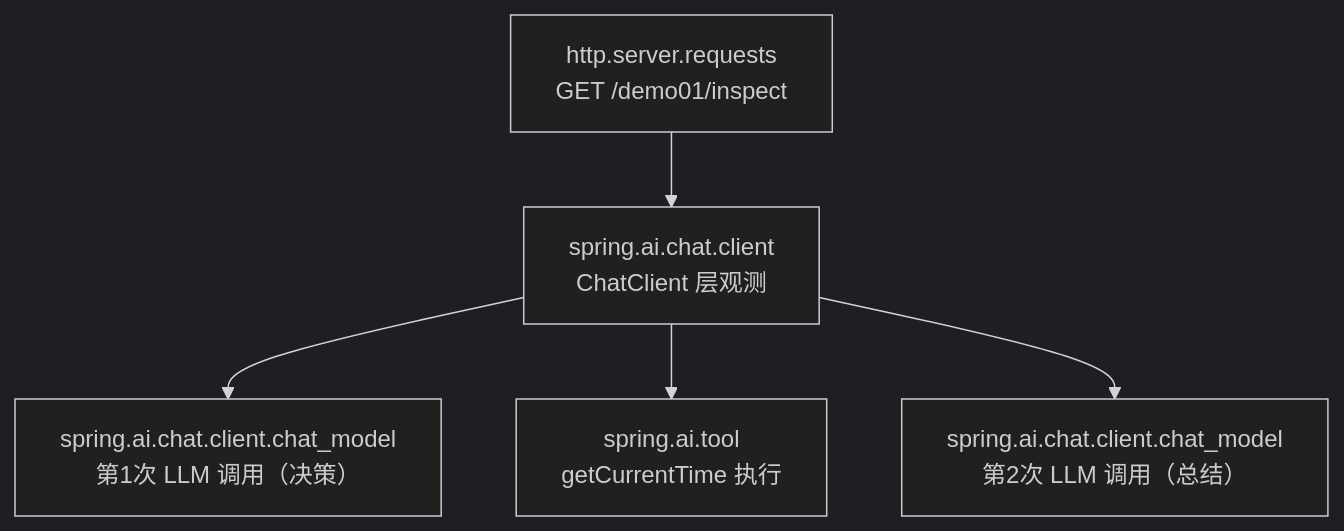
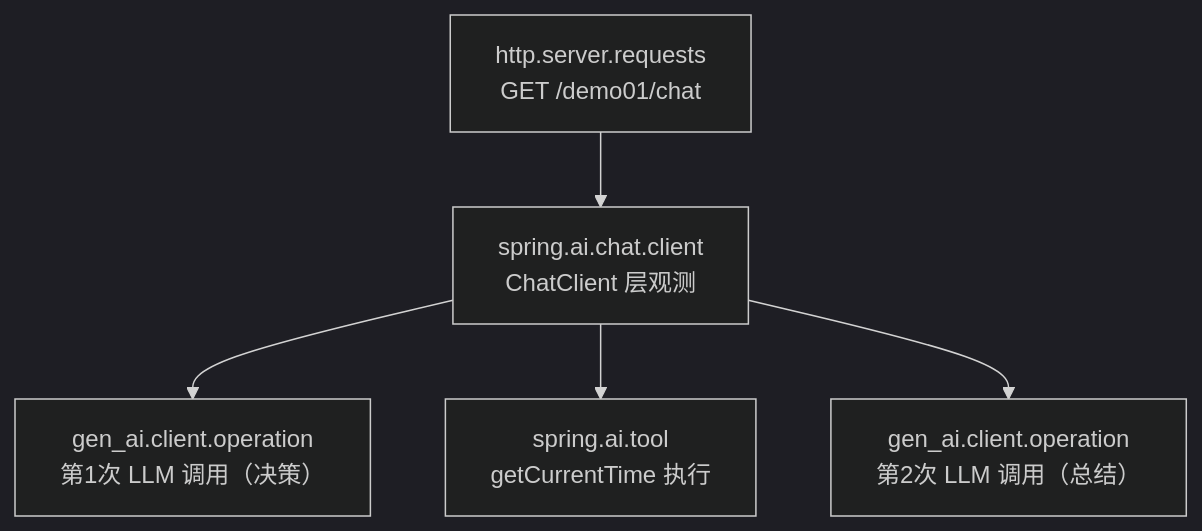
Before and after one commit to UranusGit/java-agent-learn: the third of 4 diagrams in docs/教程/05-Observation可观测/01-读懂输出：span树与观测生命周期.md, drawn with Mermaid (dark theme). The commit also changed other lines of this file and 12 other files, not shown here.

````diff
--- a/docs/教程/05-Observation可观测/01-读懂输出：span树与观测生命周期.md
+++ b/docs/教程/05-Observation可观测/01-读懂输出：span树与观测生命周期.md
@@ -82,7 +82,7 @@
 ```mermaid
 graph TD
-    A["http.server.requests<br/>GET /demo01/inspect"] --> B["spring.ai.chat.client<br/>ChatClient 层观测"]
-    B --> C["spring.ai.chat.client.chat_model<br/>第1次 LLM 调用（决策）"]
+    A["http.server.requests<br/>GET /demo01/chat"] --> B["spring.ai.chat.client<br/>ChatClient 层观测"]
+    B --> C["gen_ai.client.operation<br/>第1次 LLM 调用（决策）"]
     B --> D["spring.ai.tool<br/>getCurrentTime 执行"]
-    B --> E["spring.ai.chat.client.chat_model<br/>第2次 LLM 调用（总结）"]
+    B --> E["gen_ai.client.operation<br/>第2次 LLM 调用（总结）"]
 ```
````
